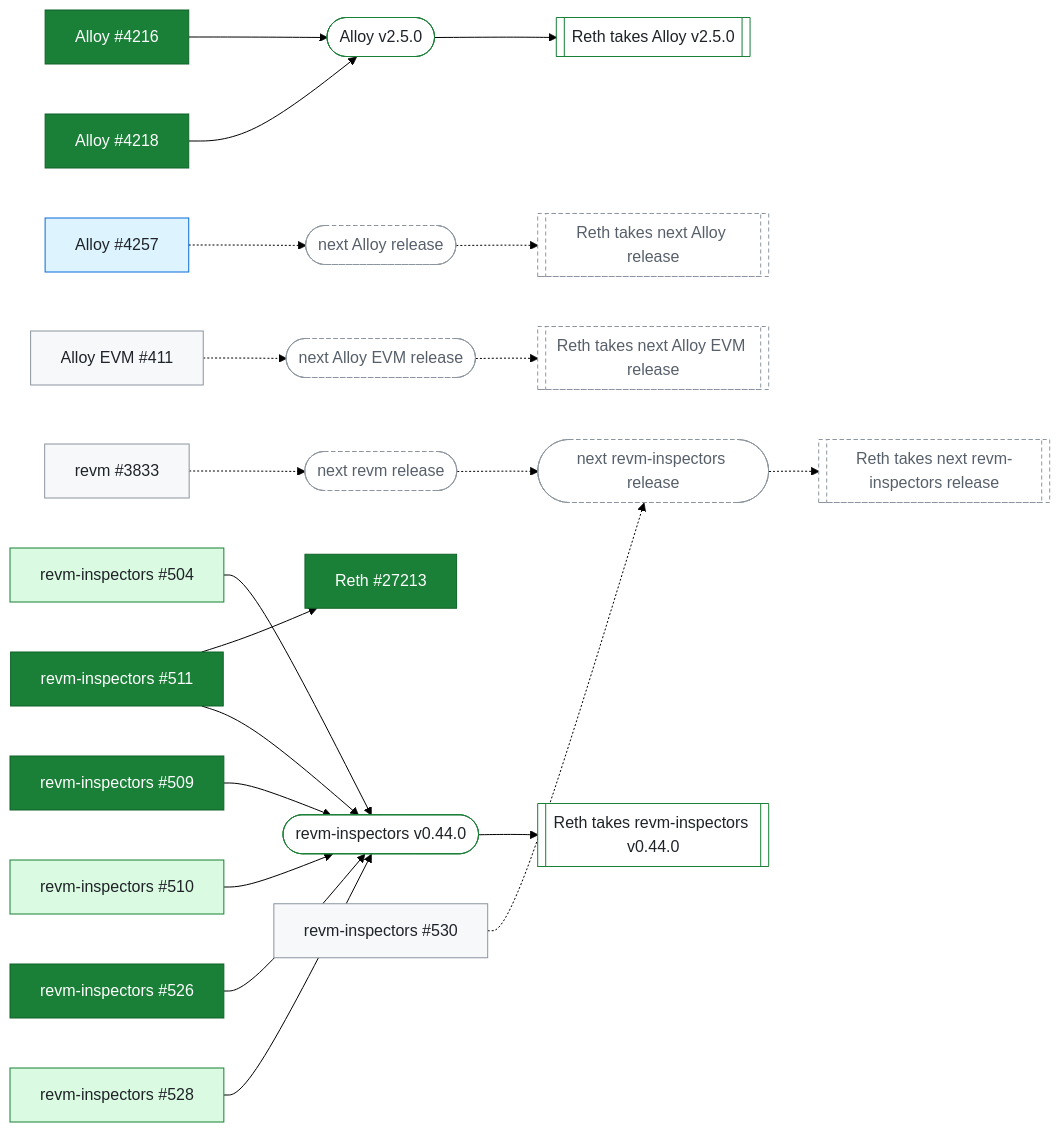
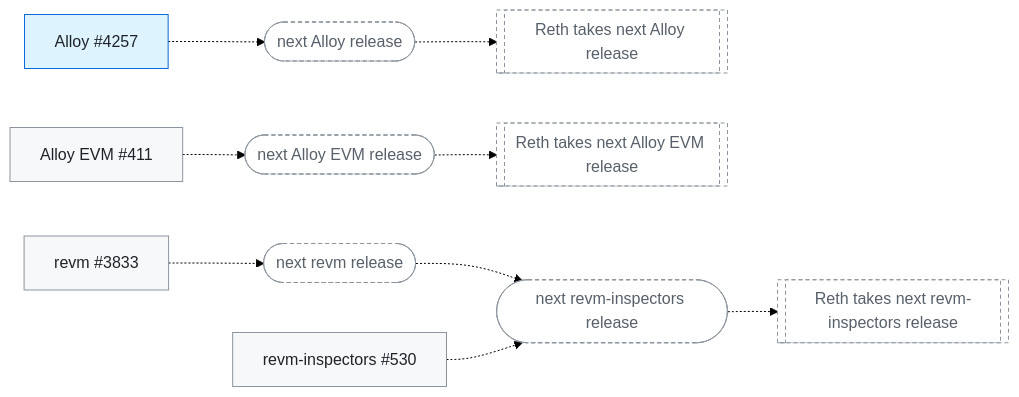
Before and after one commit to banteg/trace-interop: the third of 3 diagrams in docs/client-fixes.md, drawn with Mermaid (forest theme). The commit also changed other lines of this file and 3 other files, not shown here.

First line of the commit message:
docs(fixes): draw only the remaining steps in fix diagrams

````diff
--- a/docs/client-fixes.md
+++ b/docs/client-fixes.md
@@ -113,52 +95,25 @@
 ```mermaid
 flowchart LR
-  Alloy_4216["Alloy #4216"]:::verified
-  Alloy_v2_5_0(["Alloy v2.5.0"]):::done
-  Reth_takes_Alloy_v2_5_0[["Reth takes Alloy v2.5.0"]]:::done
-  Alloy_4218["Alloy #4218"]:::verified
   Alloy_4257["Alloy #4257"]:::merged
   next_Alloy_release(["next Alloy release"]):::pending
   Reth_takes_next_Alloy_release[["Reth takes next Alloy release"]]:::pending
   Alloy_EVM_411["Alloy EVM #411"]:::open
   next_Alloy_EVM_release(["next Alloy EVM release"]):::pending
   Reth_takes_next_Alloy_EVM_release[["Reth takes next Alloy EVM release"]]:::pending
-  Reth_27213["Reth #27213"]:::verified
-  revm_inspectors_511["revm-inspectors #511"]:::verified
   revm_3833["revm #3833"]:::open
   next_revm_release(["next revm release"]):::pending
   next_revm_inspectors_release(["next revm-inspectors release"]):::pending
   Reth_takes_next_revm_inspectors_release[["Reth takes next revm-inspectors release"]]:::pending
-  revm_inspectors_504["revm-inspectors #504"]:::in_measured_build
-  revm_inspectors_v0_44_0(["revm-inspectors v0.44.0"]):::done
-  Reth_takes_revm_inspectors_v0_44_0[["Reth takes revm-inspectors v0.44.0"]]:::done
-  revm_inspectors_509["revm-inspectors #509"]:::verified
-  revm_inspectors_510["revm-inspectors #510"]:::in_measured_build
-  revm_inspectors_526["revm-inspectors #526"]:::verified
-  revm_inspectors_528["revm-inspectors #528"]:::in_measured_build
   revm_inspectors_530["revm-inspectors #530"]:::open
-  Alloy_4216 --> Alloy_v2_5_0
-  Alloy_v2_5_0 --> Reth_takes_Alloy_v2_5_0
-  Alloy_4218 --> Alloy_v2_5_0
   Alloy_4257 -.-> next_Alloy_release
   next_Alloy_release -.-> Reth_takes_next_Alloy_release
   Alloy_EVM_411 -.-> next_Alloy_EVM_release
   next_Alloy_EVM_release -.-> Reth_takes_next_Alloy_EVM_release
-  revm_inspectors_511 --> Reth_27213
   revm_3833 -.-> next_revm_release
   next_revm_release -.-> next_revm_inspectors_release
   next_revm_inspectors_release -.-> Reth_takes_next_revm_inspectors_release
-  revm_inspectors_504 --> revm_inspectors_v0_44_0
-  revm_inspectors_v0_44_0 --> Reth_takes_revm_inspectors_v0_44_0
-  revm_inspectors_509 --> revm_inspectors_v0_44_0
-  revm_inspectors_510 --> revm_inspectors_v0_44_0
-  revm_inspectors_511 --> revm_inspectors_v0_44_0
-  revm_inspectors_526 --> revm_inspectors_v0_44_0
-  revm_inspectors_528 --> revm_inspectors_v0_44_0
   revm_inspectors_530 -.-> next_revm_inspectors_release
   classDef open fill:#f6f8fa,stroke:#8c959f,color:#1f2328
   classDef merged fill:#ddf4ff,stroke:#0969da,color:#1f2328
-  classDef in_measured_build fill:#dafbe1,stroke:#1a7f37,color:#1f2328
-  classDef verified fill:#1a7f37,stroke:#116329,color:#ffffff
-  classDef done fill:#ffffff,stroke:#1a7f37,color:#1f2328
   classDef pending fill:#ffffff,stroke:#8c959f,stroke-dasharray:4 3,color:#57606a
 ```
````
